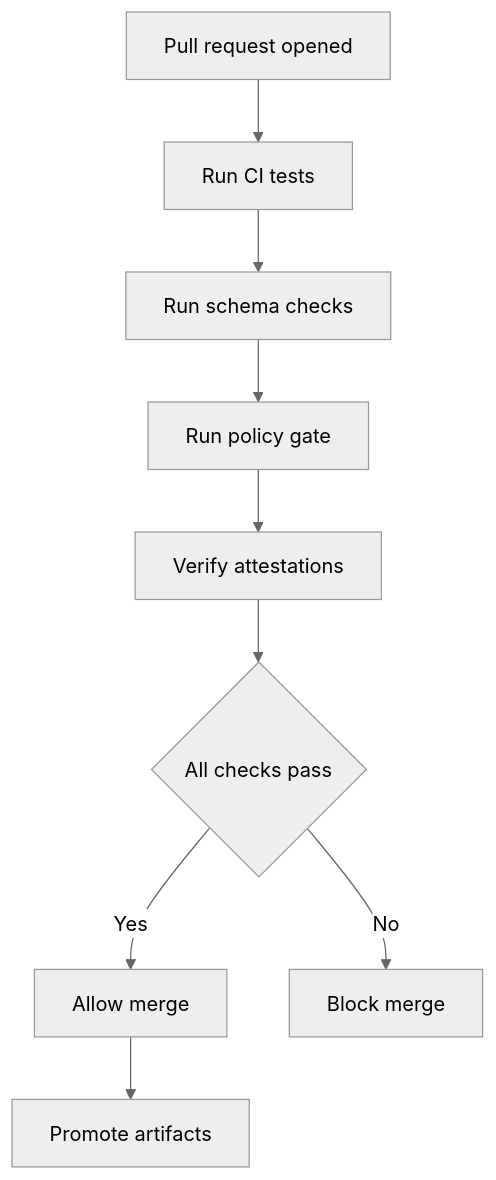
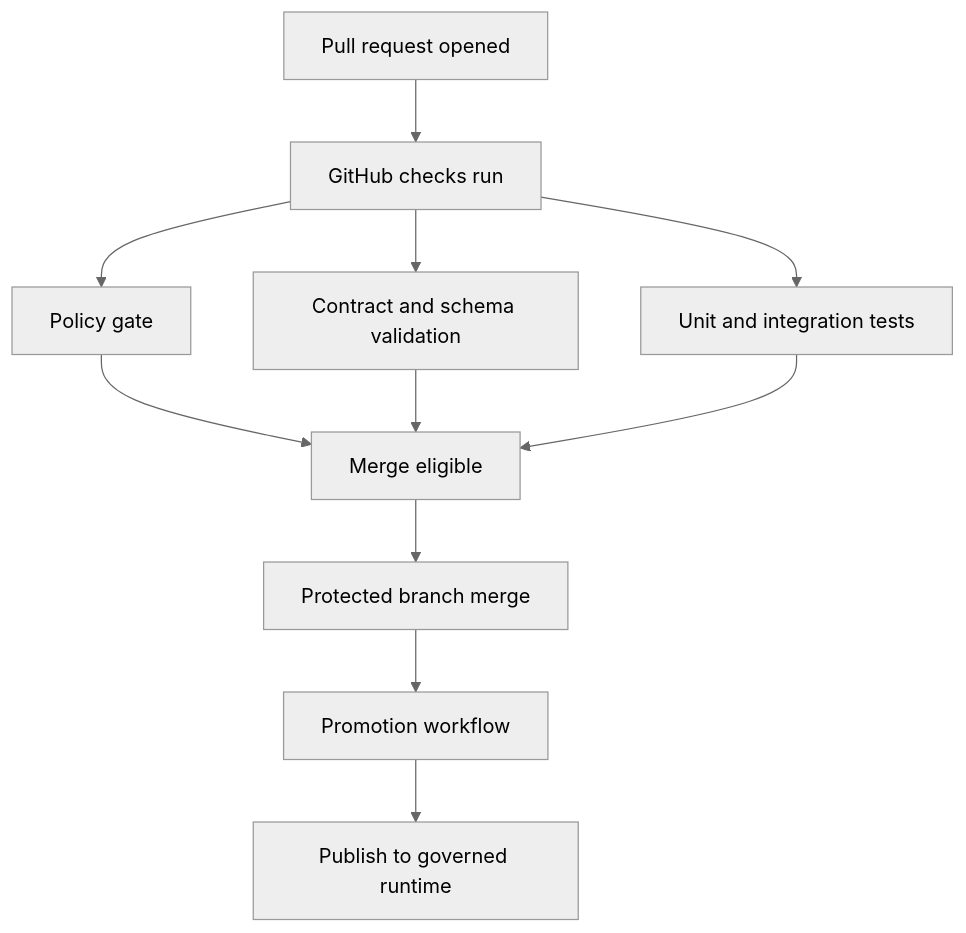
One commit to bartytime4life/Kansas-Frontier-Matrix changed the diagram in .github/README.md. Above: the diagram before and after it, drawn with Mermaid (neutral theme). The commit also changed other lines of this file, not shown here.

````diff
--- a/.github/README.md
+++ b/.github/README.md
@@ -103,11 +154,13 @@
 ```mermaid
 flowchart TD
-  A[Pull request opened] --> B[Run CI tests]
-  B --> C[Run schema checks]
-  C --> D[Run policy gate]
-  D --> E[Verify attestations]
-  E --> F{All checks pass}
-  F -->|Yes| G[Allow merge]
-  F -->|No| H[Block merge]
-  G --> I[Promote artifacts]
+  PR[Pull request opened] --> Checks[GitHub checks run]
+  Checks --> Policy[Policy gate]
+  Checks --> Contracts[Contract and schema validation]
+  Checks --> Tests[Unit and integration tests]
+  Policy --> Ready[Merge eligible]
+  Contracts --> Ready
+  Tests --> Ready
+  Ready --> Merge[Protected branch merge]
+  Merge --> Promote[Promotion workflow]
+  Promote --> Publish[Publish to governed runtime]
 ```
````
